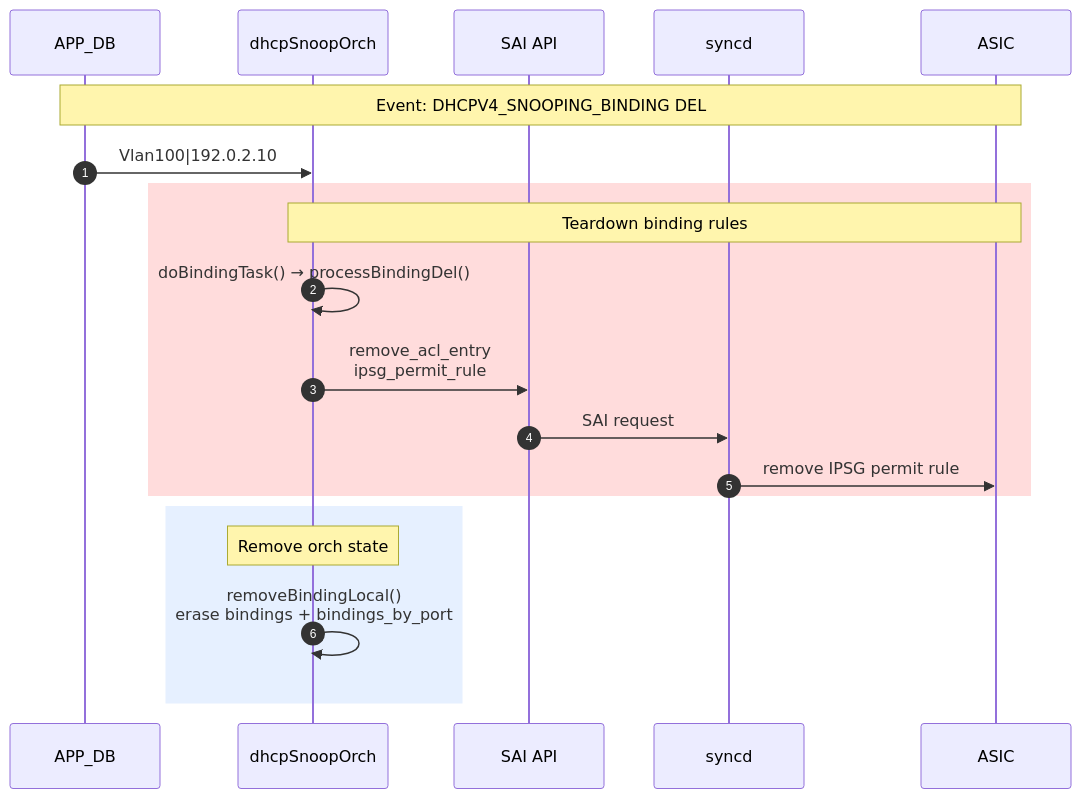
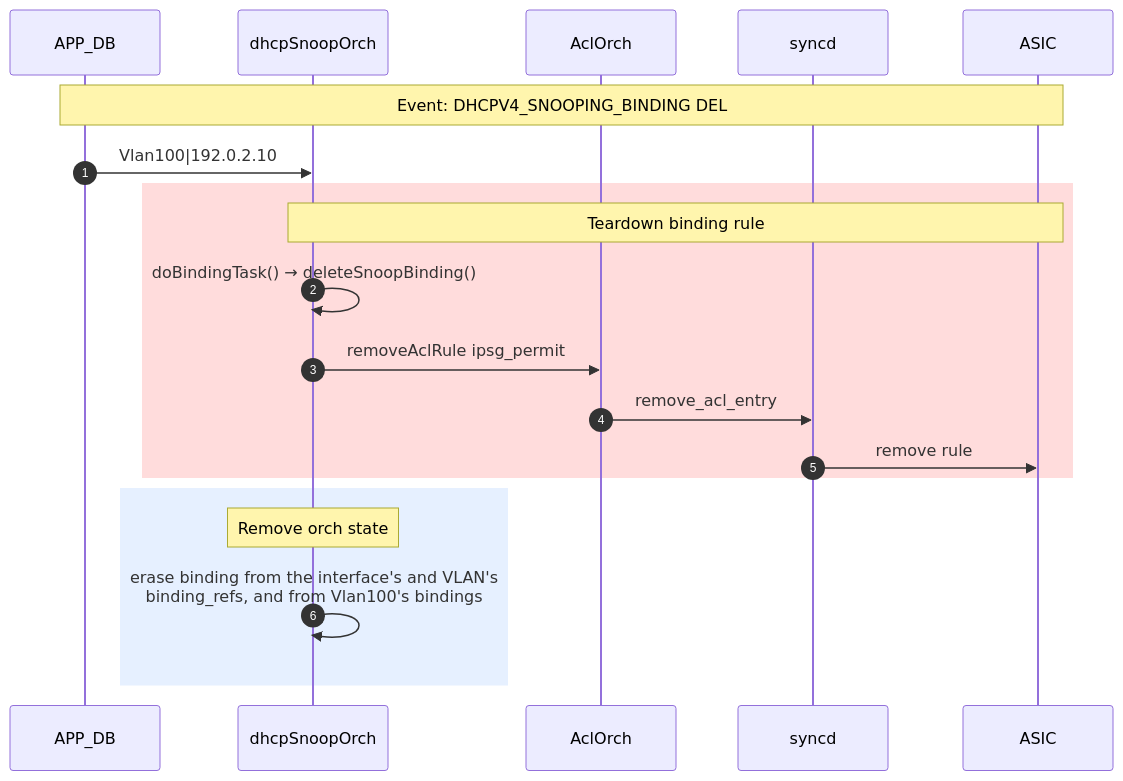
One commit to sonic-net/SONiC changed diagram 15 of 19 in doc/DHCPv4_snooping/DHCPv4-snooping-hld.md. Above: the diagram before and after it, drawn with Mermaid. The commit also changed other lines of this file, not shown here.

First line of the commit message:
doc: add sequence diagrams in HLD

````diff
--- a/doc/DHCPv4_snooping/DHCPv4-snooping-hld.md
+++ b/doc/DHCPv4_snooping/DHCPv4-snooping-hld.md
@@ -910,26 +1109,26 @@
 ```mermaid
 sequenceDiagram
     autonumber
     participant APP_DB as APP_DB
     participant Orch as dhcpSnoopOrch
-    participant SAI as SAI API
+    participant AclOrch as AclOrch
     participant syncd as syncd
     participant ASIC as ASIC
 
     Note over APP_DB, ASIC: Event: DHCPV4_SNOOPING_BINDING DEL
 
     APP_DB->>Orch: Vlan100|192.0.2.10
 
     rect rgb(255, 220, 220)
-        Note over Orch, ASIC: Teardown binding rules
-        Orch->>Orch: doBindingTask() → processBindingDel()
-        Orch->>SAI: remove_acl_entry<br/>ipsg_permit_rule
-        SAI->>syncd: SAI request
-        syncd->>ASIC: remove IPSG permit rule
+        Note over Orch, ASIC: Teardown binding rule
+        Orch->>Orch: doBindingTask() → deleteSnoopBinding()
+        Orch->>AclOrch: removeAclRule ipsg_permit
+        AclOrch->>syncd: remove_acl_entry
+        syncd->>ASIC: remove rule
     end
 
     rect rgb(230, 240, 255)
         Note over Orch, Orch: Remove orch state
-        Orch->>Orch: removeBindingLocal()<br/>erase bindings + bindings_by_port
+        Orch->>Orch: erase binding from the interface's and VLAN's<br/>binding_refs, and from Vlan100's bindings
     end
 ```
````
